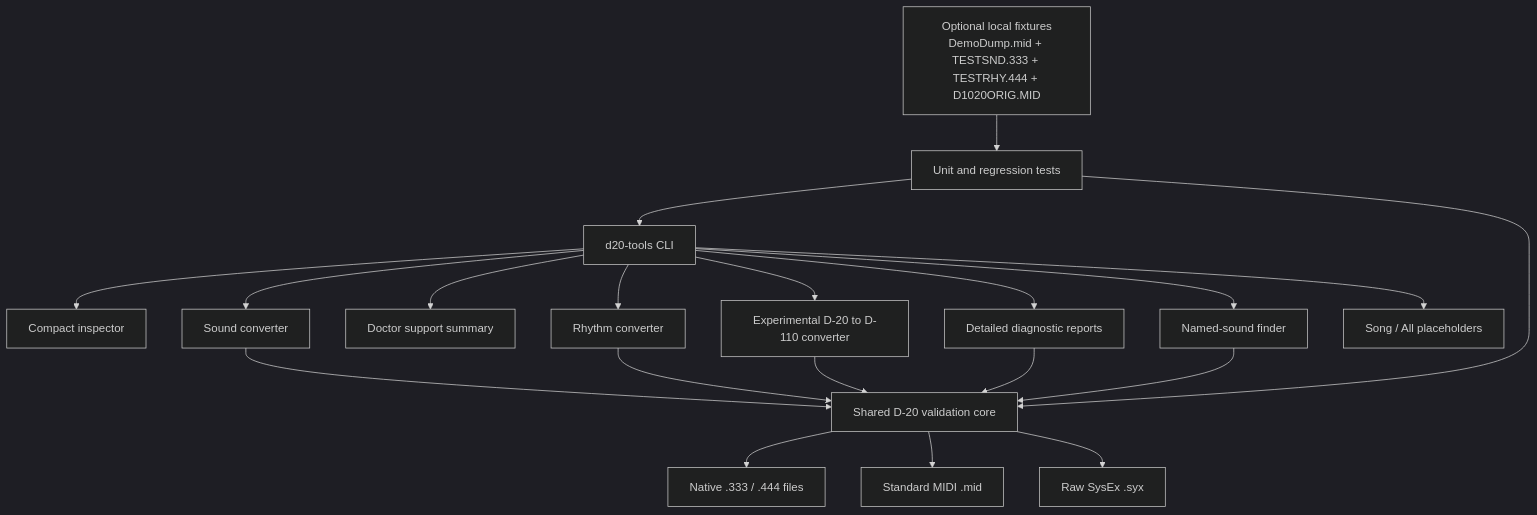
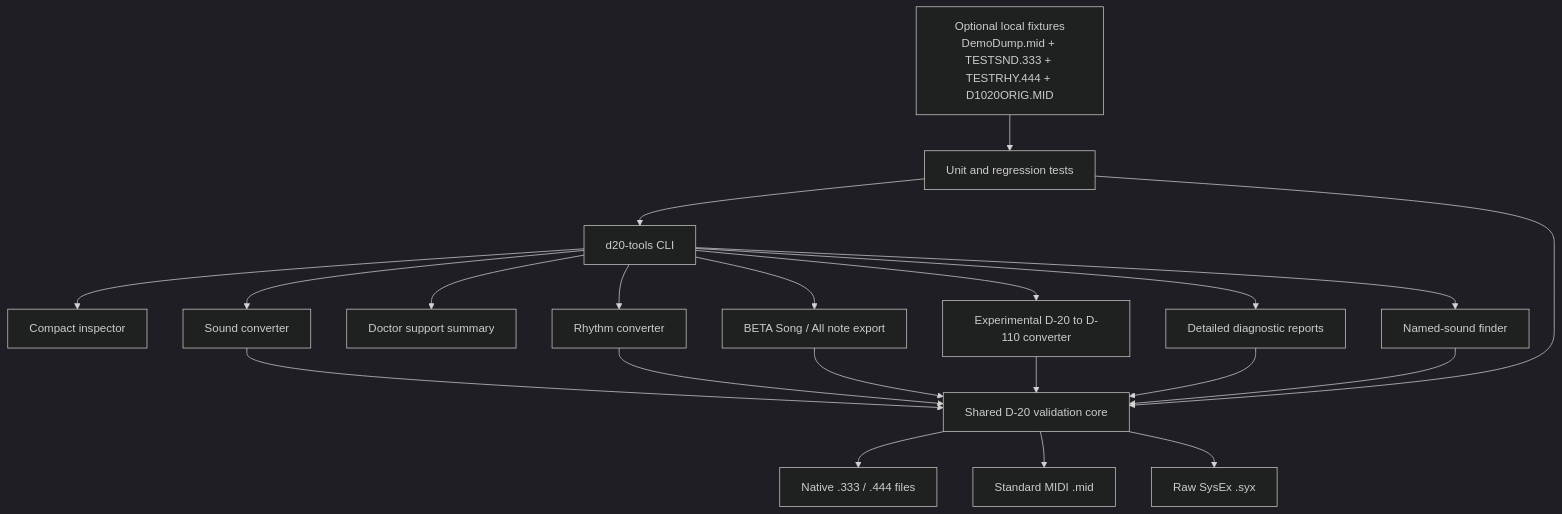
Before and after one commit to rjburrows/roland-d20-tools: the diagram in docs/architecture.md, drawn with Mermaid (dark theme). The commit also changed other lines of this file and 12 other files, not shown here.

Commit message:
Add BETA note-only MIDI export for native Song and All files

````diff
--- a/docs/architecture.md
+++ b/docs/architecture.md
@@ -3,22 +3,23 @@
 ```mermaid
 flowchart TD
     CLI[d20-tools CLI] --> I[Compact inspector]
     CLI --> F[Named-sound finder]
     CLI --> H[Doctor support summary]
     CLI --> D[Detailed diagnostic reports]
     CLI --> S[Sound converter]
     CLI --> R[Rhythm converter]
     CLI --> X[Experimental D-20 to D-110 converter]
-    CLI --> W[Song / All placeholders]
+    CLI --> W[BETA Song / All note export]
     S --> Core[Shared D-20 validation core]
     R --> Core
+    W --> Core
     X --> Core
     D --> Core
     F --> Core
     Core --> Native[Native .333 / .444 files]
     Core --> Midi[Standard MIDI .mid]
     Core --> Syx[Raw SysEx .syx]
     Tests[Unit and regression tests] --> CLI
     Tests --> Core
     Local[Optional local fixtures\nDemoDump.mid + TESTSND.333 + TESTRHY.444 + D1020ORIG.MID] --> Tests
 ```
````
